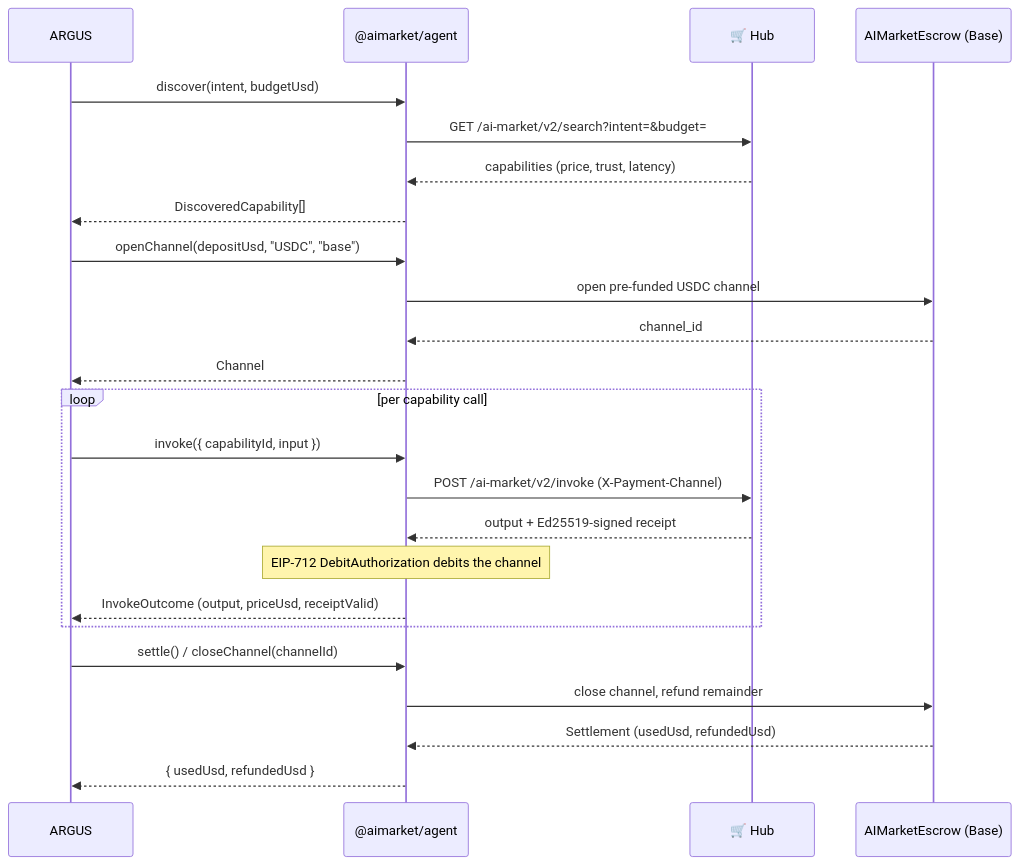
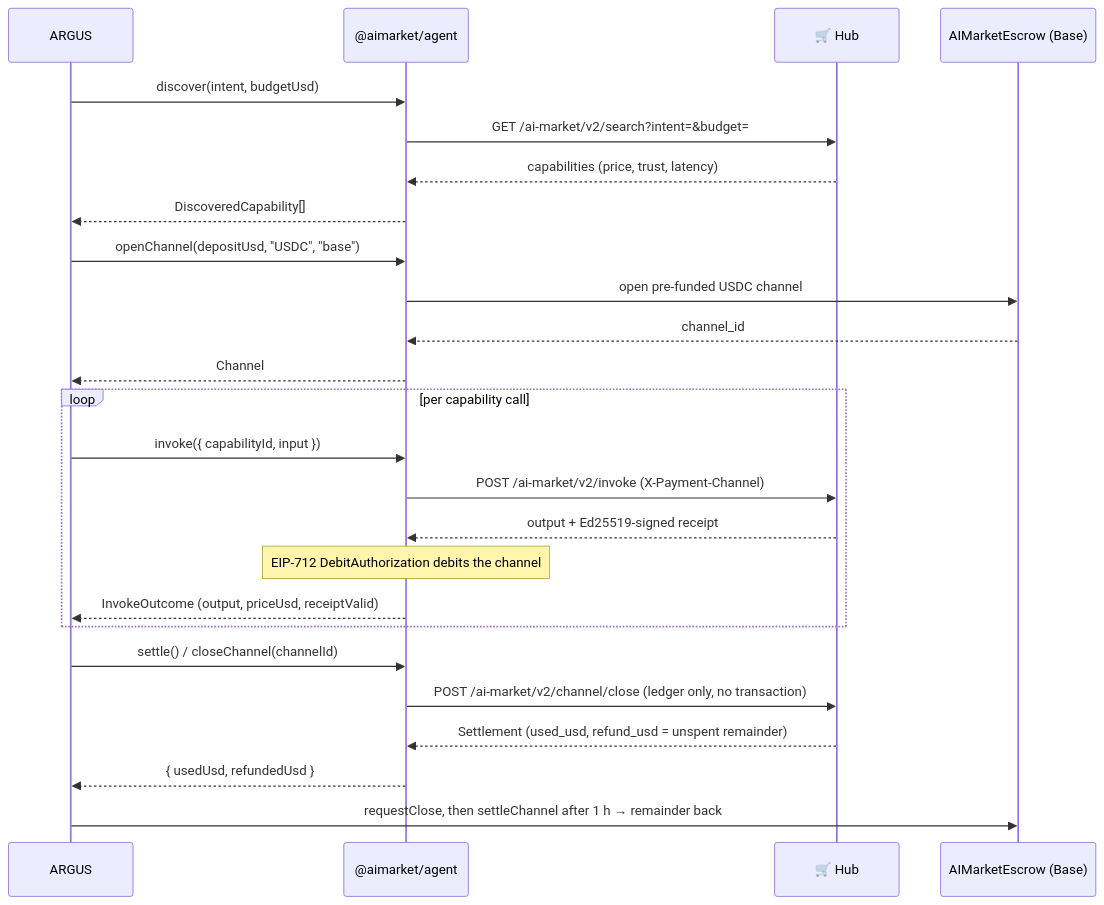
Before and after one commit to alexar76/argus: the first of 2 diagrams in docs/economy-integration-es.md, drawn with Mermaid. The commit also changed other lines of this file and 2 other files, not shown here.

Commit message:
chore(satellite): sync argus from aicom monorepo
Auto-generated by scripts/mirror_satellites.sh

````diff
--- a/docs/economy-integration-es.md
+++ b/docs/economy-integration-es.md
@@ -43,30 +43,31 @@
 ```mermaid
 sequenceDiagram
   participant A as ARGUS
   participant SDK as @aimarket/agent
   participant H as 🛒 Hub
   participant E as AIMarketEscrow (Base)
 
   A->>SDK: discover(intent, budgetUsd)
   SDK->>H: GET /ai-market/v2/search?intent=&budget=
   H-->>SDK: capabilities (price, trust, latency)
   SDK-->>A: DiscoveredCapability[]
 
   A->>SDK: openChannel(depositUsd, "USDC", "base")
   SDK->>E: open pre-funded USDC channel
   E-->>SDK: channel_id
   SDK-->>A: Channel
 
   loop per capability call
     A->>SDK: invoke({ capabilityId, input })
     SDK->>H: POST /ai-market/v2/invoke (X-Payment-Channel)
     H-->>SDK: output + Ed25519-signed receipt
     Note over SDK: EIP-712 DebitAuthorization debits the channel
     SDK-->>A: InvokeOutcome (output, priceUsd, receiptValid)
   end
 
   A->>SDK: settle() / closeChannel(channelId)
-  SDK->>E: close channel, refund remainder
-  E-->>SDK: Settlement (usedUsd, refundedUsd)
+  SDK->>H: POST /ai-market/v2/channel/close (ledger only, no transaction)
+  H-->>SDK: Settlement (used_usd, refund_usd = unspent remainder)
   SDK-->>A: { usedUsd, refundedUsd }
+  A->>E: requestClose, then settleChannel after 1 h → remainder back
 ```
````
